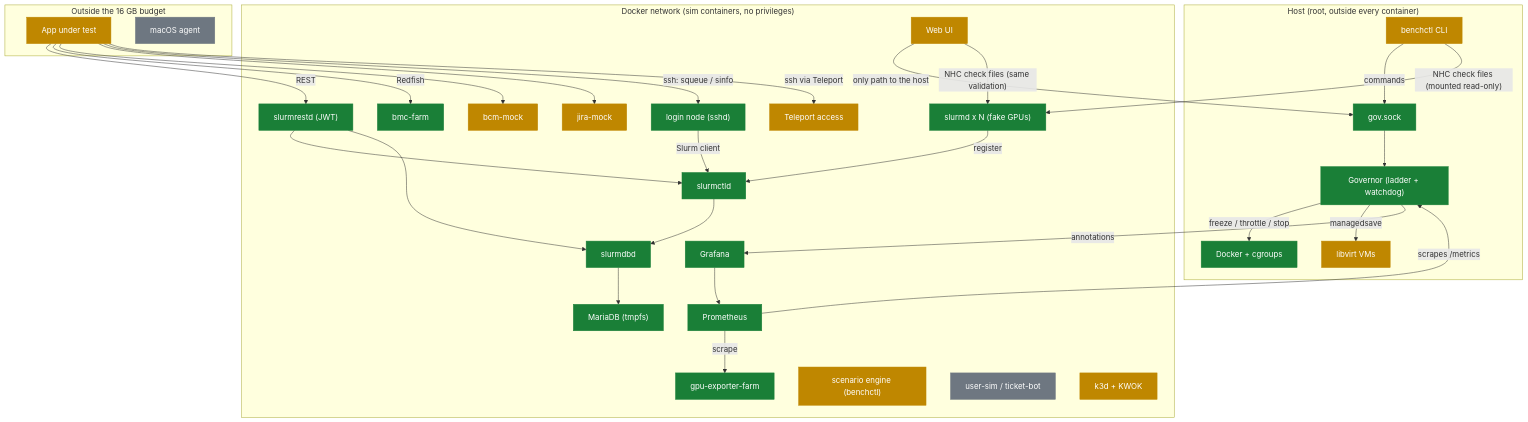
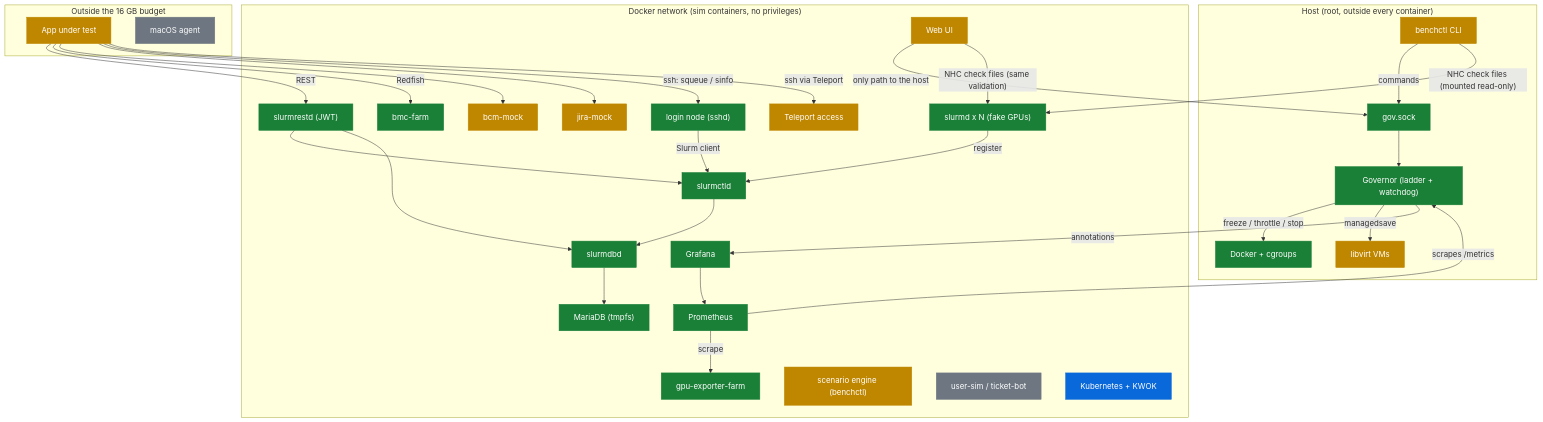
Before and after one commit to AhmedYousriSobhi/workbench: the second of 2 diagrams in docs/PROGRESS.md, drawn with Mermaid. The commit also changed other lines of this file and 46 other files, not shown here.

First line of the commit message:
feat(k8s): Kubernetes part, a real control plane with KWOK nodes (#232)

````diff
--- a/docs/PROGRESS.md
+++ b/docs/PROGRESS.md
@@ -32,60 +32,60 @@
 ```mermaid
 flowchart TB
     subgraph host["Host (root, outside every container)"]
         benchctl["benchctl CLI"]:::partial
         gov["Governor (ladder + watchdog)"]:::done
         sock["gov.sock"]:::done
         docker["Docker + cgroups"]:::done
         libvirt["libvirt VMs"]:::partial
     end
     subgraph net["Docker network (sim containers, no privileges)"]
         ctld["slurmctld"]:::done
         slurmd["slurmd x N (fake GPUs)"]:::done
         restd["slurmrestd (JWT)"]:::done
         dbd["slurmdbd"]:::done
         maria["MariaDB (tmpfs)"]:::done
         prom["Prometheus"]:::done
         graf["Grafana"]:::done
         gpux["gpu-exporter-farm"]:::done
         bmc["bmc-farm"]:::done
         bcm["bcm-mock"]:::partial
         jira["jira-mock"]:::partial
         login["login node (sshd)"]:::done
         tele["Teleport access"]:::partial
         chaos["scenario engine (benchctl)"]:::partial
         users["user-sim / ticket-bot"]:::todo
-        k8s["k3d + KWOK"]:::partial
+        k8s["Kubernetes + KWOK"]:::review
         webui["Web UI"]:::partial
     end
     subgraph ext["Outside the 16 GB budget"]
         app["App under test"]:::partial
         mac["macOS agent"]:::todo
     end
     benchctl -->|"commands"| sock
     sock --> gov
     gov -->|"freeze / throttle / stop"| docker
     gov -->|"managedsave"| libvirt
     prom -->|"scrapes /metrics"| gov
     gov -->|"annotations"| graf
     slurmd -->|"register"| ctld
     restd --> ctld
     restd --> dbd
     ctld --> dbd
     dbd --> maria
     prom -->|"scrape"| gpux
     graf --> prom
     webui -->|"only path to the host"| sock
     benchctl -->|"NHC check files (mounted read-only)"| slurmd
     webui -->|"NHC check files (same validation)"| slurmd
     app -->|"REST"| restd
     app -->|"Redfish"| bmc
     app --> bcm
     app --> jira
     app -->|"ssh: squeue / sinfo"| login
     login -->|"Slurm client"| ctld
     app -->|"ssh via Teleport"| tele
     classDef done fill:#1a7f37,stroke:#1a7f37,color:#fff
     classDef review fill:#0969da,stroke:#0969da,color:#fff
     classDef partial fill:#bf8700,stroke:#bf8700,color:#fff
     classDef todo fill:#6e7781,stroke:#6e7781,color:#fff
 ```
````
